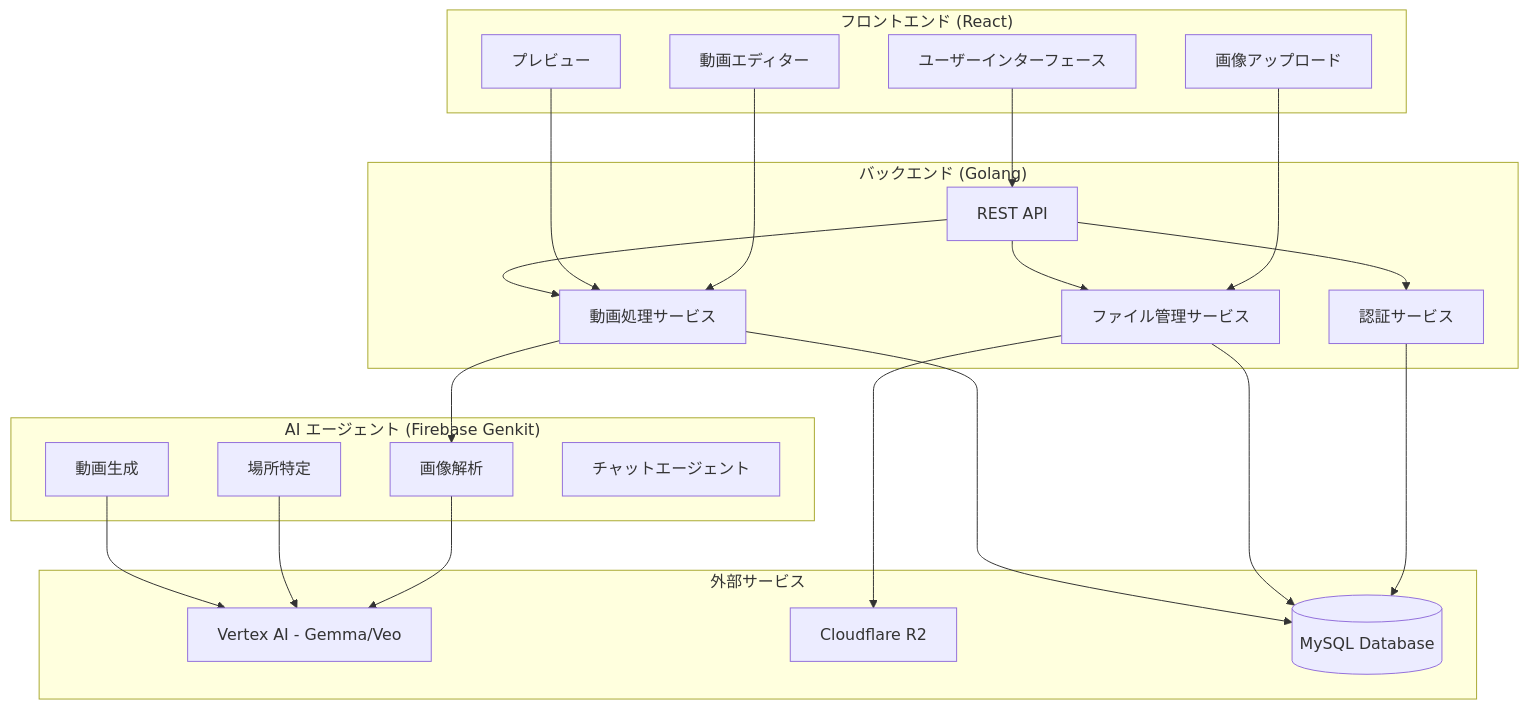
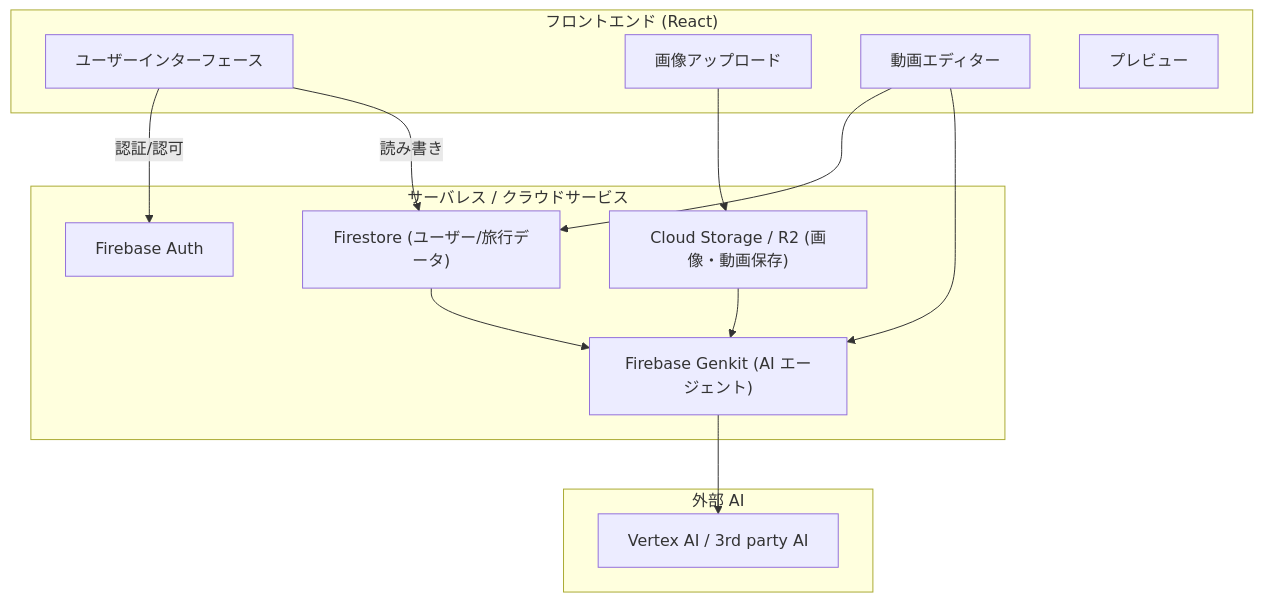
One commit to o-ga09/zenn-hackthon-2025 changed the diagram in .kiro/specs/travel-memory-video-generator/design.md. Above: the diagram before and after it, drawn with Mermaid. The commit also changed other lines of this file, not shown here.

````diff
--- a/.kiro/specs/travel-memory-video-generator/design.md
+++ b/.kiro/specs/travel-memory-video-generator/design.md
@@ -11,48 +11,29 @@
 ```mermaid
 graph TB
-    subgraph "フロントエンド (React)"
-        UI[ユーザーインターフェース]
-        Upload[画像アップロード]
-        Editor[動画エディター]
-        Preview[プレビュー]
-    end
+subgraph "フロントエンド (React)"
+  UI["ユーザーインターフェース"]
+  Upload["画像アップロード"]
+  Editor["動画エディター"]
+  Preview["プレビュー"]
+end
 
-    subgraph "バックエンド (Golang)"
-        API[REST API]
-        Auth[認証サービス]
-        FileService[ファイル管理サービス]
-        VideoService[動画処理サービス]
-    end
+subgraph "サーバレス / クラウドサービス"
+  FireAuth["Firebase Auth"]
+  Firestore["Firestore (ユーザー/旅行データ)"]
+  Storage["Cloud Storage / R2 (画像・動画保存)"]
+  Genkit["Firebase Genkit (AI エージェント)"]
+end
 
-    subgraph "AI エージェント (Firebase Genkit)"
-        ImageAnalysis[画像解析]
-        LocationDetection[場所特定]
-        VideoGeneration[動画生成]
-        ChatAgent[チャットエージェント]
-    end
+subgraph "外部 AI"
+  VertexAI["Vertex AI / 3rd party AI"]
+end
 
-    subgraph "外部サービス"
-        VertexAI[Vertex AI - Gemma/Veo]
-        CloudStorage[Cloudflare R2]
-        MySQL[(MySQL Database)]
-    end
-
-    UI --> API
-    Upload --> FileService
-    Editor --> VideoService
-    Preview --> VideoService
-
-    API --> Auth
-    API --> FileService
-    API --> VideoService
-
-    FileService --> CloudStorage
-    VideoService --> ImageAnalysis
-    ImageAnalysis --> VertexAI
-    LocationDetection --> VertexAI
-    VideoGeneration --> VertexAI
-
-    Auth --> MySQL
-    FileService --> MySQL
-    VideoService --> MySQL
+UI -->|認証/認可| FireAuth
+UI -->|読み書き| Firestore
+Upload --> Storage
+Editor --> Firestore
+Editor --> Genkit
+Genkit --> VertexAI
+Storage --> Genkit
+Firestore --> Genkit
 ```
````
